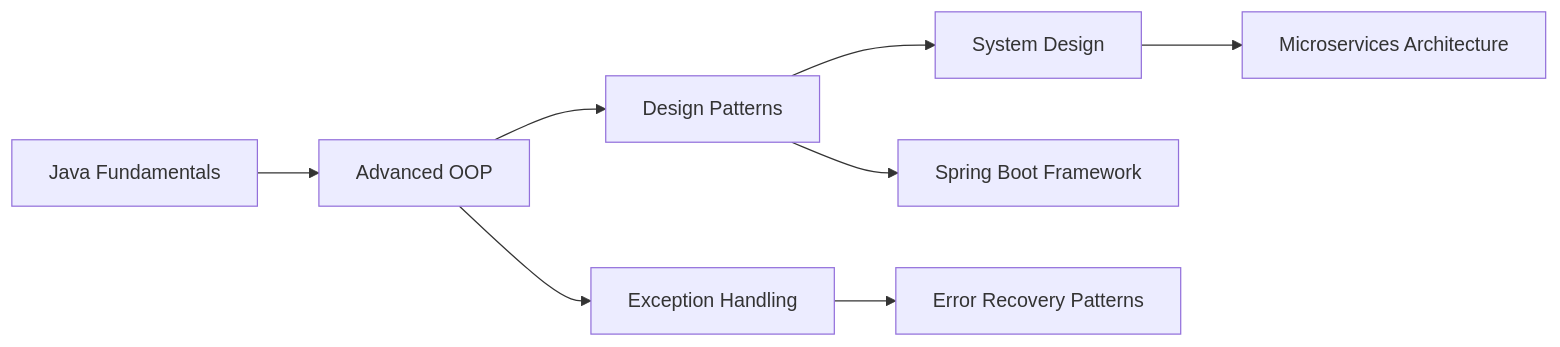
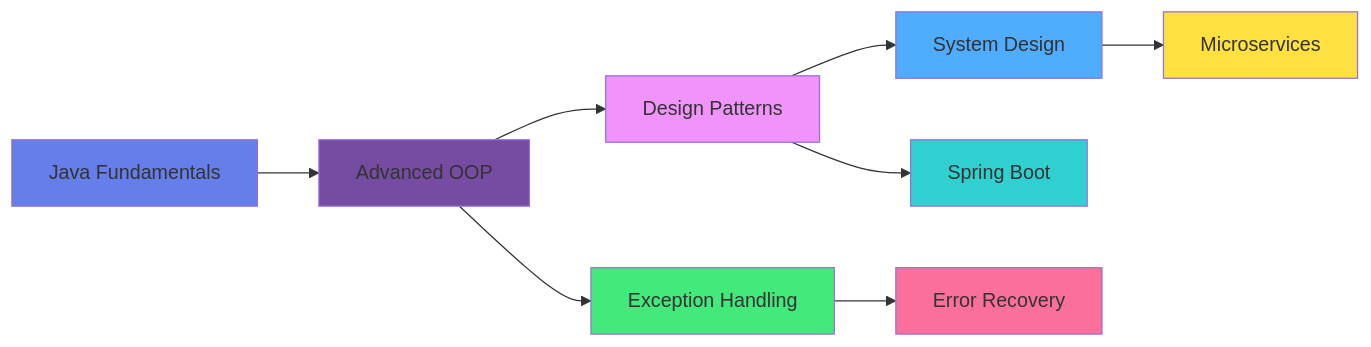
Before and after one commit to oveshshaikh786/oveshshaikh786: the diagram in README.md, drawn with Mermaid. The commit also changed other lines of this file, not shown here.

````diff
--- a/README.md
+++ b/README.md
@@ -185,10 +223,19 @@
 ```mermaid
 graph LR
     A[Java Fundamentals] --> B[Advanced OOP]
     B --> C[Design Patterns]
     C --> D[System Design]
     B --> E[Exception Handling]
-    E --> F[Error Recovery Patterns]
-    D --> G[Microservices Architecture]
-    C --> H[Spring Boot Framework]
+    E --> F[Error Recovery]
+    D --> G[Microservices]
+    C --> H[Spring Boot]
+    
+    style A fill:#667eea
+    style B fill:#764ba2
+    style C fill:#f093fb
+    style D fill:#4facfe
+    style E fill:#43e97b
+    style F fill:#fa709a
+    style G fill:#fee140
+    style H fill:#30cfd0
 ```
````
